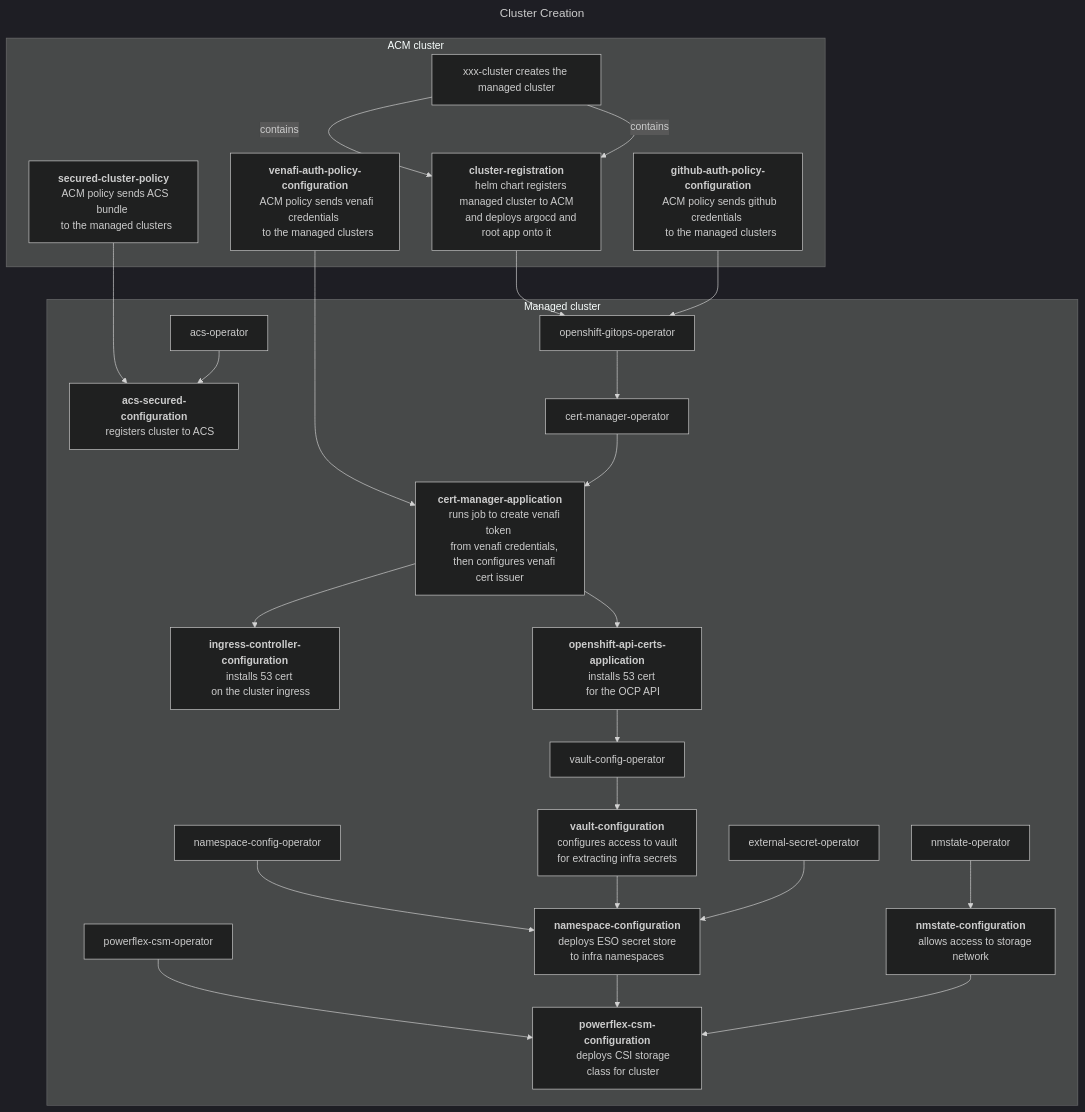
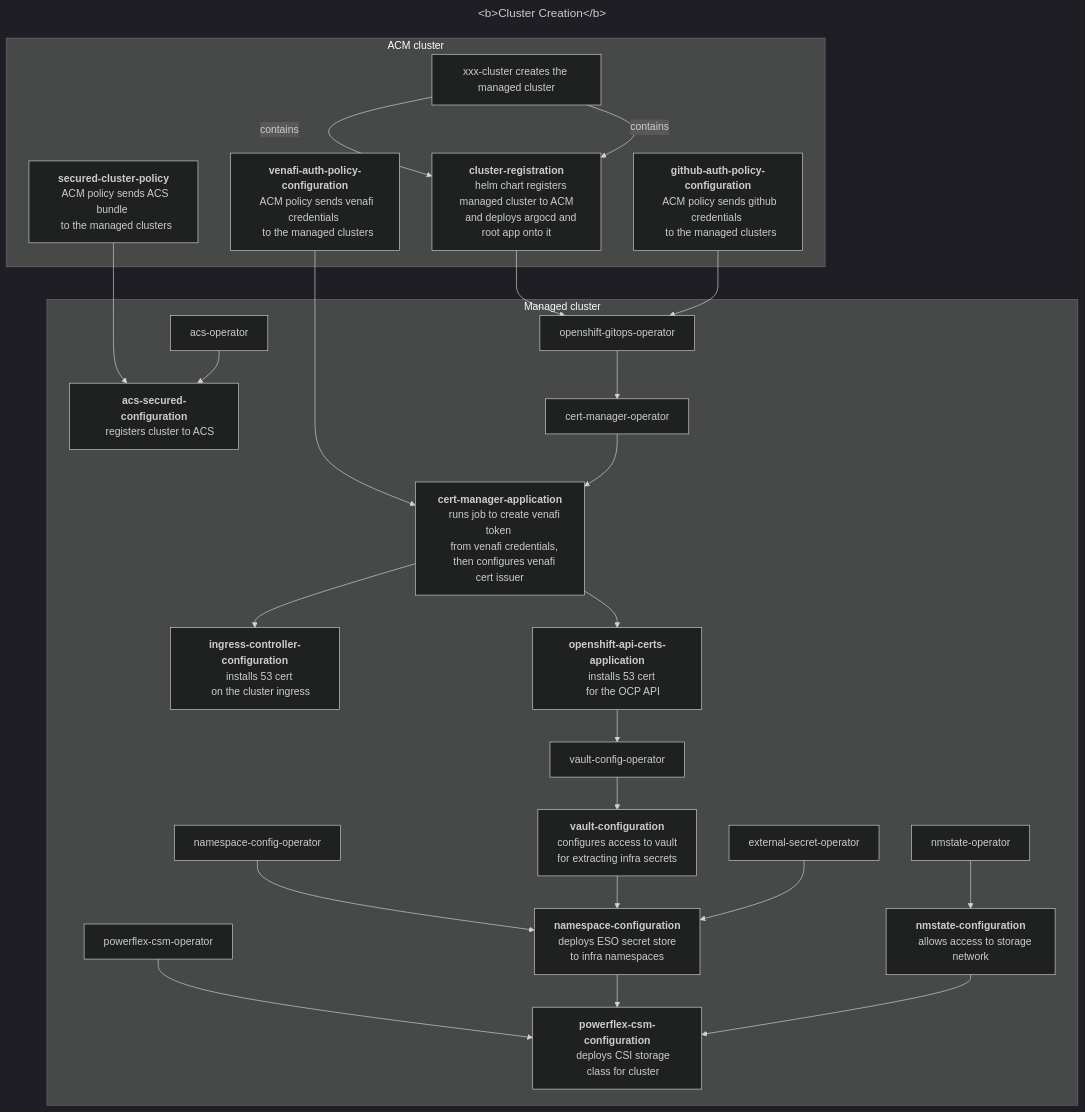
The diagram in test-mermaid/test-mermaid.build.md (mmwillingham/acm), drawn with Mermaid (dark theme) before and after one commit.

````diff
--- a/test-mermaid/test-mermaid.build.md
+++ b/test-mermaid/test-mermaid.build.md
@@ -2,58 +2,58 @@
 ```mermaid
 ---
-title: "Cluster Creation"
+title: "<b>Cluster Creation</b>"
 ---
 flowchart TD
 venafi-auth-policy-configuration --> cert-manager-application
 cluster-registration --> openshift-gitops-operator
 github-auth-policy-configuration --> openshift-gitops-operator
 secured-cluster-policy --> acs-secured-configuration
 subgraph ACM cluster
 xxx-cluster["xxx-cluster creates the managed cluster"] -- contains --> cluster-registration["<b>cluster-registration</b>
   helm chart registers managed cluster to ACM
   and deploys argocd and root app onto it"]
 venafi-auth-policy-configuration["<b>venafi-auth-policy-configuration</b>
   ACM policy sends venafi credentials 
   to the managed clusters"]
 github-auth-policy-configuration["<b>github-auth-policy-configuration</b>
   ACM policy sends github credentials 
   to the managed clusters"]
 secured-cluster-policy["<b>secured-cluster-policy</b>
   ACM policy sends ACS bundle 
   to the managed clusters"]
 end
 subgraph Managed cluster
 xxx-cluster["xxx-cluster creates the managed cluster"] -- contains --> cluster-registration["<b>cluster-registration</b>
     helm chart registers managed cluster to ACM
     and deploys argocd and root app onto it"]
 openshift-gitops-operator --> cert-manager-operator
 cert-manager-operator --> cert-manager-application["<b>cert-manager-application</b>
     runs job to create venafi token 
     from venafi credentials, 
     then configures venafi cert issuer"]
 cert-manager-application --> ingress-controller-configuration["<b>ingress-controller-configuration</b>
     installs 53 cert 
     on the cluster ingress"]
 cert-manager-application --> openshift-api-certs-application["<b>openshift-api-certs-application</b>
     installs 53 cert 
     for the OCP API"]    
 openshift-api-certs-application --> vault-config-operator
 vault-config-operator --> vault-configuration["<b>vault-configuration</b>
     configures access to vault 
     for extracting infra secrets"]
 nmstate-operator --> nmstate-configuration["<b>nmstate-configuration</b>
     allows access to storage network"]
 namespace-config-operator --> namespace-configuration["<b>namespace-configuration</b>
     deploys ESO secret store 
     to infra namespaces"]
 vault-configuration --> namespace-configuration
 external-secret-operator --> namespace-configuration
 powerflex-csm-operator --> powerflex-csm-configuration["<b>powerflex-csm-configuration</b>
     deploys CSI storage
     class for cluster"]
 namespace-configuration --> powerflex-csm-configuration
 nmstate-configuration --> powerflex-csm-configuration
 acs-operator --> acs-secured-configuration["<b>acs-secured-configuration</b>
     registers cluster to ACS"]    
 end
 ```
````
